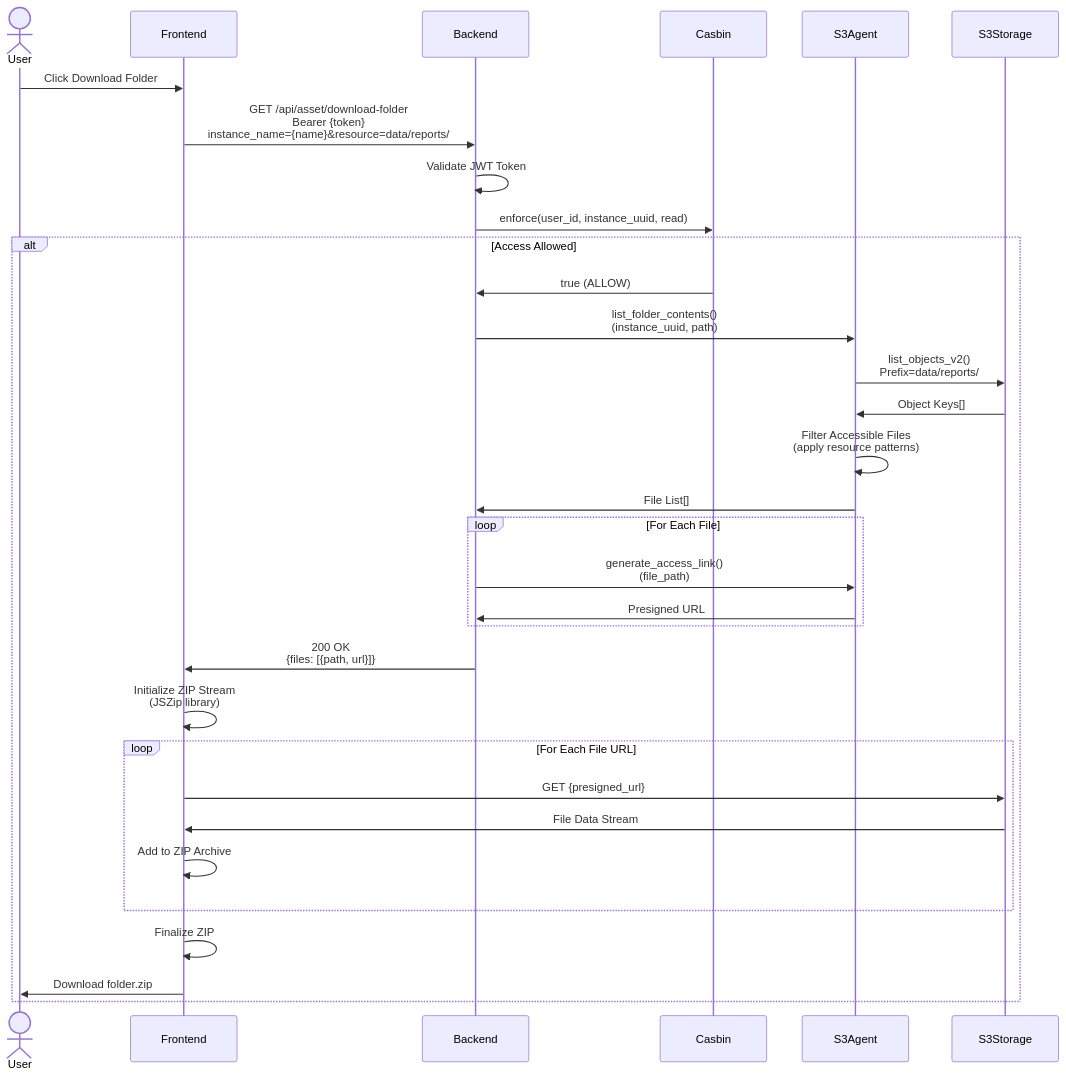
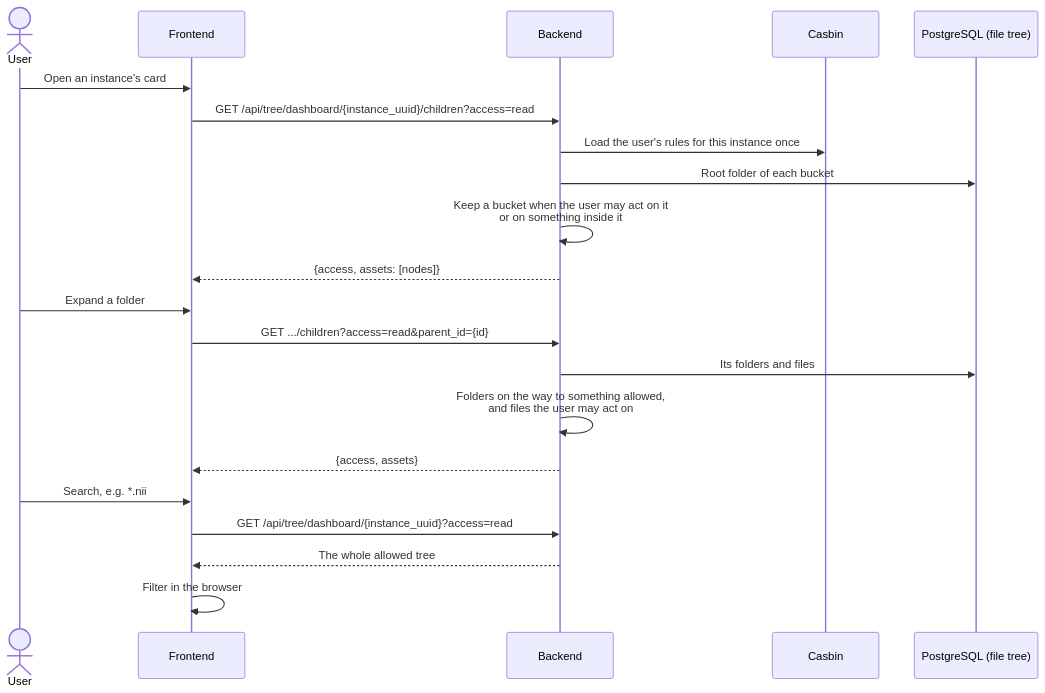
The fourth of 6 diagrams in docs/diagrams/sequence-storage-access.md (pmahon3/Data-Portal), drawn with Mermaid before and after one commit. The commit also changed other lines of this file, not shown here.

First line of the commit message:
docs(diagrams): add the folder upload sequence and bring storage diagrams up to date

````diff
--- a/docs/diagrams/sequence-storage-access.md
+++ b/docs/diagrams/sequence-storage-access.md
@@ -116,47 +120,24 @@
 ```mermaid
 sequenceDiagram
     actor User
     participant Frontend
     participant Backend
     participant Casbin
-    participant S3Agent
-    participant S3Storage
+    participant Postgres as PostgreSQL (file tree)
 
-    User->>Frontend: Click Download Folder
-    Frontend->>Backend: GET /api/asset/download-folder<br/>Bearer {token}<br/>instance_name={name}&resource=data/reports/
-
-    Backend->>Backend: Validate JWT Token
-    Backend->>Casbin: enforce(user_id, instance_uuid, read)
-
-    alt Access Allowed
-        Casbin->>Backend: true (ALLOW)
-
-        Backend->>S3Agent: list_folder_contents()<br/>(instance_uuid, path)
-
-        S3Agent->>S3Storage: list_objects_v2()<br/>Prefix=data/reports/
-
-        S3Storage->>S3Agent: Object Keys[]
-
-        S3Agent->>S3Agent: Filter Accessible Files<br/>(apply resource patterns)
-
-        S3Agent->>Backend: File List[]
-
-        loop For Each File
-            Backend->>S3Agent: generate_access_link()<br/>(file_path)
-            S3Agent->>Backend: Presigned URL
-        end
-
-        Backend->>Frontend: 200 OK<br/>{files: [{path, url}]}
-
-        Frontend->>Frontend: Initialize ZIP Stream<br/>(JSZip library)
-
-        loop For Each File URL
-            Frontend->>S3Storage: GET {presigned_url}
-            S3Storage->>Frontend: File Data Stream
-            Frontend->>Frontend: Add to ZIP Archive
-        end
-
-        Frontend->>Frontend: Finalize ZIP
-        Frontend->>User: Download folder.zip
-    end
+    User->>Frontend: Open an instance's card
+    Frontend->>Backend: GET /api/tree/dashboard/{instance_uuid}/children?access=read
+    Backend->>Casbin: Load the user's rules for this instance once
+    Backend->>Postgres: Root folder of each bucket
+    Backend->>Backend: Keep a bucket when the user may act on it<br/>or on something inside it
+    Backend-->>Frontend: {access, assets: [nodes]}
+    User->>Frontend: Expand a folder
+    Frontend->>Backend: GET .../children?access=read&parent_id={id}
+    Backend->>Postgres: Its folders and files
+    Backend->>Backend: Folders on the way to something allowed,<br/>and files the user may act on
+    Backend-->>Frontend: {access, assets}
+    User->>Frontend: Search, e.g. *.nii
+    Frontend->>Backend: GET /api/tree/dashboard/{instance_uuid}?access=read
+    Backend-->>Frontend: The whole allowed tree
+    Frontend->>Frontend: Filter in the browser
 ```
````
